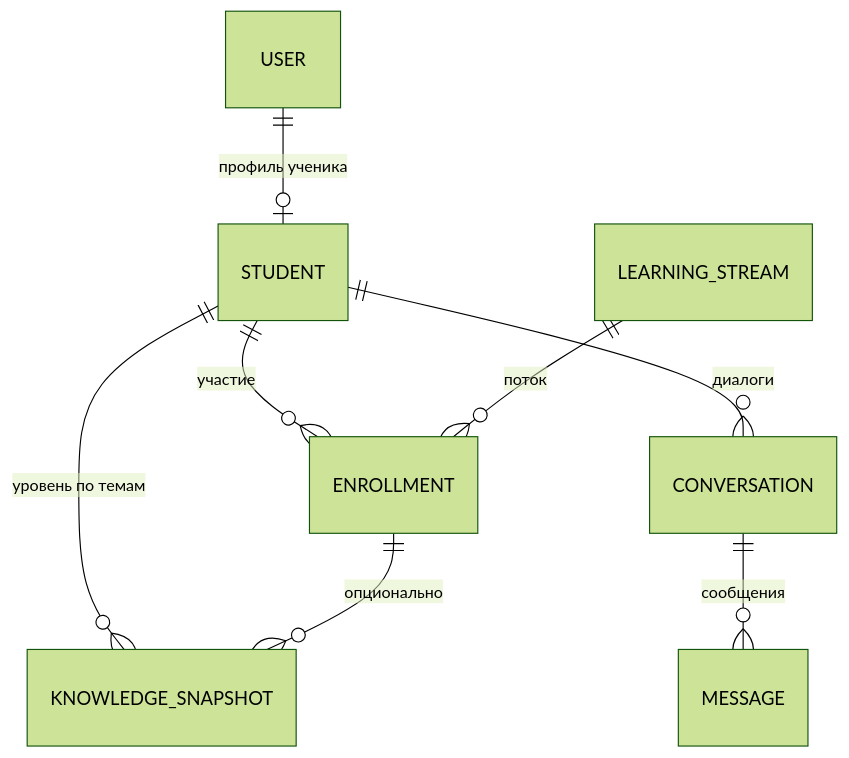
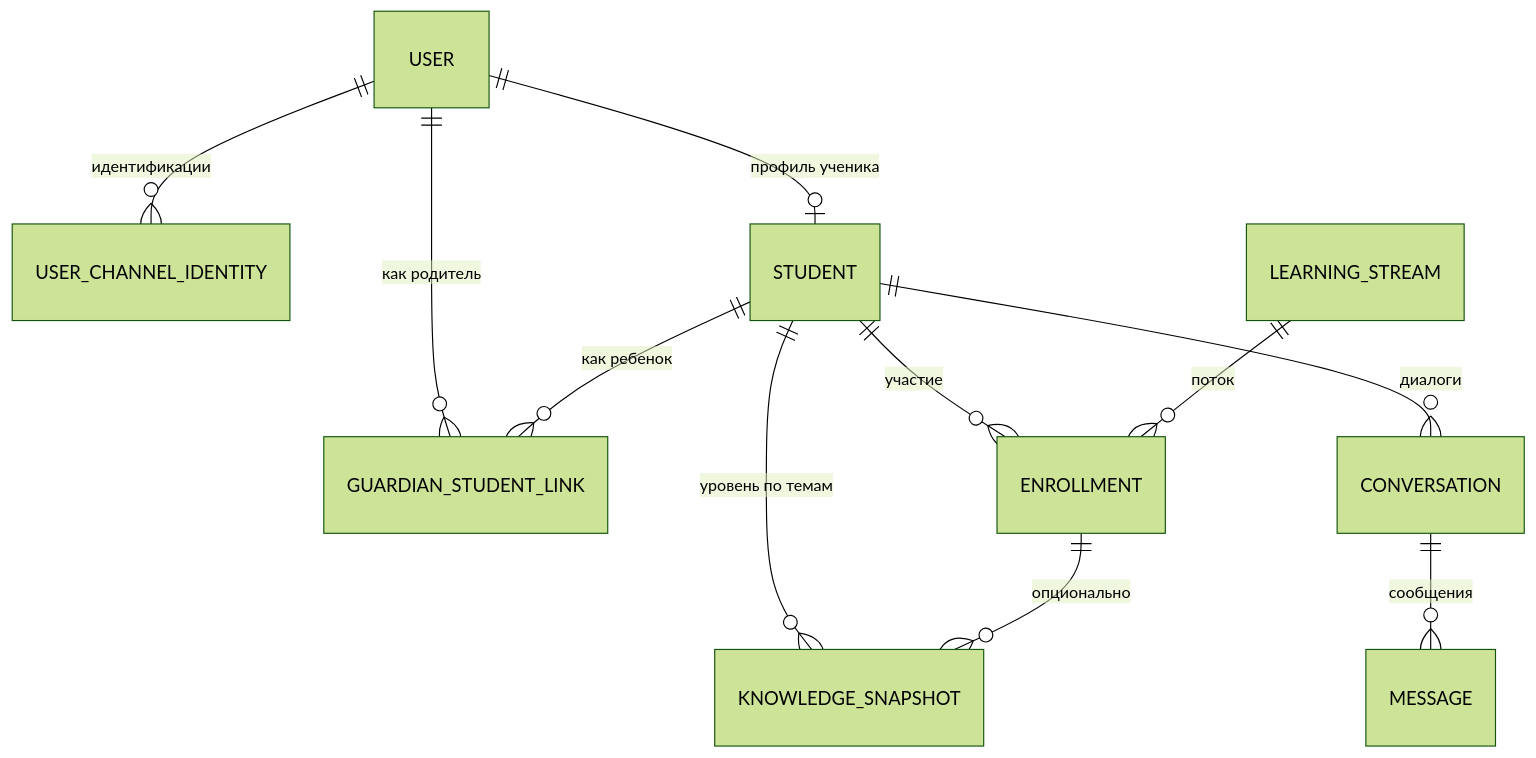
Before and after one commit to andy0mg/olich_tutor: the first of 2 diagrams in docs/data-model.md, drawn with Mermaid (forest theme). The commit also changed other lines of this file and 29 other files, not shown here.

````diff
--- a/docs/data-model.md
+++ b/docs/data-model.md
@@ -100,10 +132,13 @@
 ```mermaid
 erDiagram
+    USER ||--o{ USER_CHANNEL_IDENTITY : "идентификации"
     USER ||--o| STUDENT : "профиль ученика"
+    USER ||--o{ GUARDIAN_STUDENT_LINK : "как родитель"
+    STUDENT ||--o{ GUARDIAN_STUDENT_LINK : "как ребенок"
     STUDENT ||--o{ ENROLLMENT : "участие"
     LEARNING_STREAM ||--o{ ENROLLMENT : "поток"
     STUDENT ||--o{ CONVERSATION : "диалоги"
     CONVERSATION ||--o{ MESSAGE : "сообщения"
     STUDENT ||--o{ KNOWLEDGE_SNAPSHOT : "уровень по темам"
     ENROLLMENT ||--o{ KNOWLEDGE_SNAPSHOT : "опционально"
 ```
````
